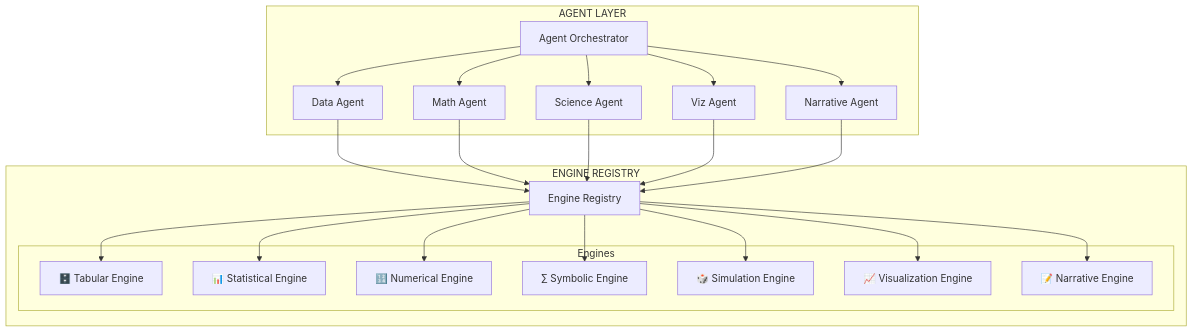
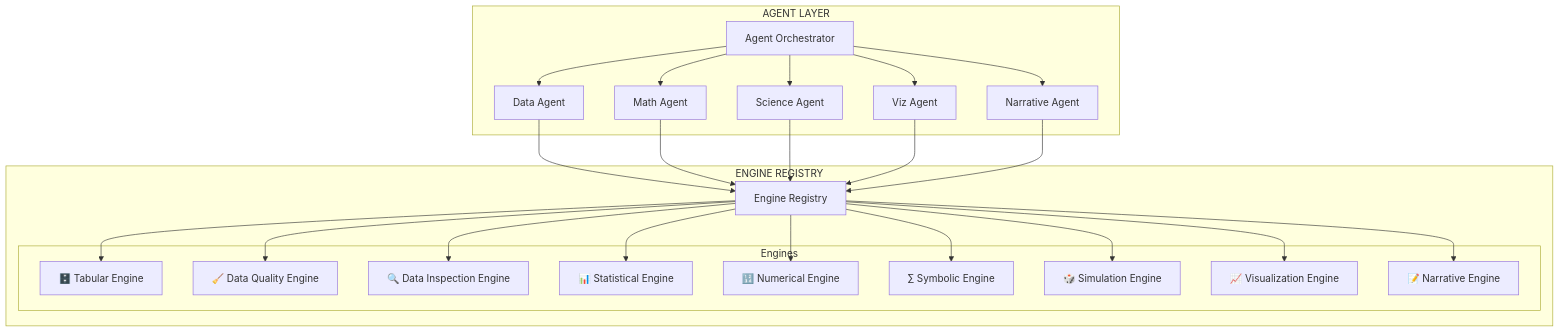
The diagram in docs/VISION.md (kyrox-systems-hq/Cucumber-maths), drawn with Mermaid before and after one commit. The commit also changed other lines of this file, not shown here.

Commit message:
docs: apply 9 feedback fixes  rename to Cucumber, tighten promise, add governance model, CQL as ledger view, wedge hero job, Phase 1 limits, align engine count

````diff
--- a/docs/VISION.md
+++ b/docs/VISION.md
@@ -41,33 +41,35 @@
 ```mermaid
 graph TB
     subgraph "AGENT LAYER"
         ORCH[Agent Orchestrator]
         DA[Data Agent]
         MA[Math Agent]
         SA[Science Agent]
         VA[Viz Agent]
         NA[Narrative Agent]
     end
     
     subgraph "ENGINE REGISTRY"
         ER[Engine Registry]
         
         subgraph "Engines"
             TE["🗄️ Tabular Engine"]
+            DQE["🧹 Data Quality Engine"]
+            DIE["🔍 Data Inspection Engine"]
             STE["📊 Statistical Engine"]
             NE["🔢 Numerical Engine"]
             SYE["∑ Symbolic Engine"]
             SME["🎲 Simulation Engine"]
             VE["📈 Visualization Engine"]
             NRE["📝 Narrative Engine"]
         end
     end
     
     ORCH --> DA & MA & SA & VA & NA
     DA --> ER
     MA --> ER
     SA --> ER
     VA --> ER
     NA --> ER
-    ER --> TE & STE & NE & SYE & SME & VE & NRE
+    ER --> TE & DQE & DIE & STE & NE & SYE & SME & VE & NRE
 ```
````
